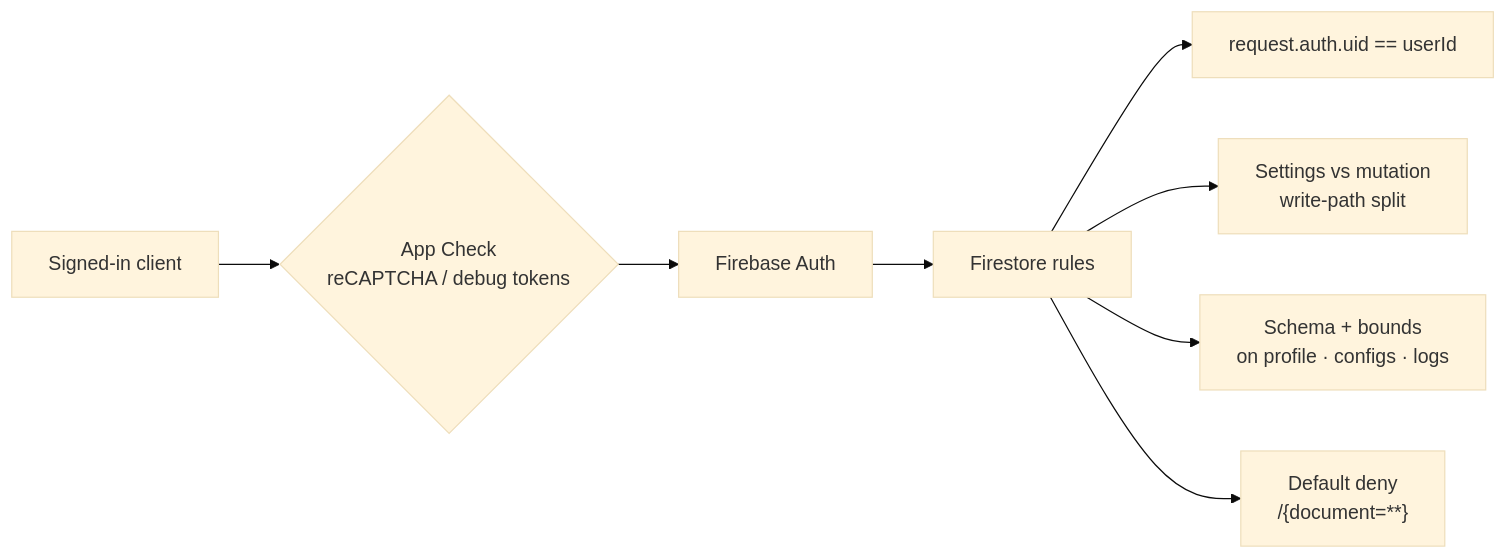
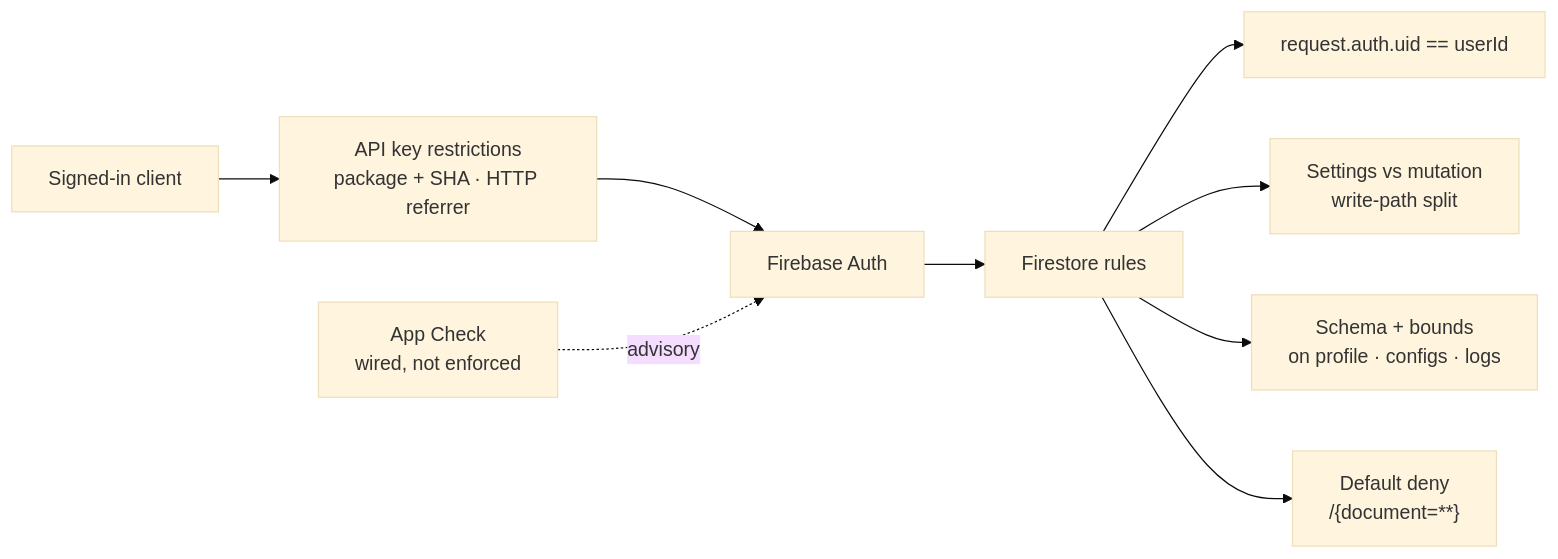
The second of 2 diagrams in README.md (shareef01/tabakpp), drawn with Mermaid (base theme) before and after one commit. The commit also changed other lines of this file and 5 other files, not shown here.

````diff
--- a/README.md
+++ b/README.md
@@ -101,11 +101,13 @@
 ```mermaid
 flowchart LR
-  Client["Signed-in client"] --> AC{"App Check<br/>reCAPTCHA / debug tokens"}
-  AC --> Auth["Firebase Auth"]
+  Client["Signed-in client"] --> Key["API key restrictions<br/>package + SHA · HTTP referrer"]
+  Key --> Auth["Firebase Auth"]
   Auth --> Rules["Firestore rules"]
 
   Rules --> Owner["request.auth.uid == userId"]
   Rules --> Split["Settings vs mutation<br/>write-path split"]
   Rules --> Shape["Schema + bounds<br/>on profile · configs · logs"]
   Rules --> Deny["Default deny<br/>/{document=**}"]
+
+  AC["App Check<br/>wired, not enforced"] -. advisory .-> Auth
 ```
````
